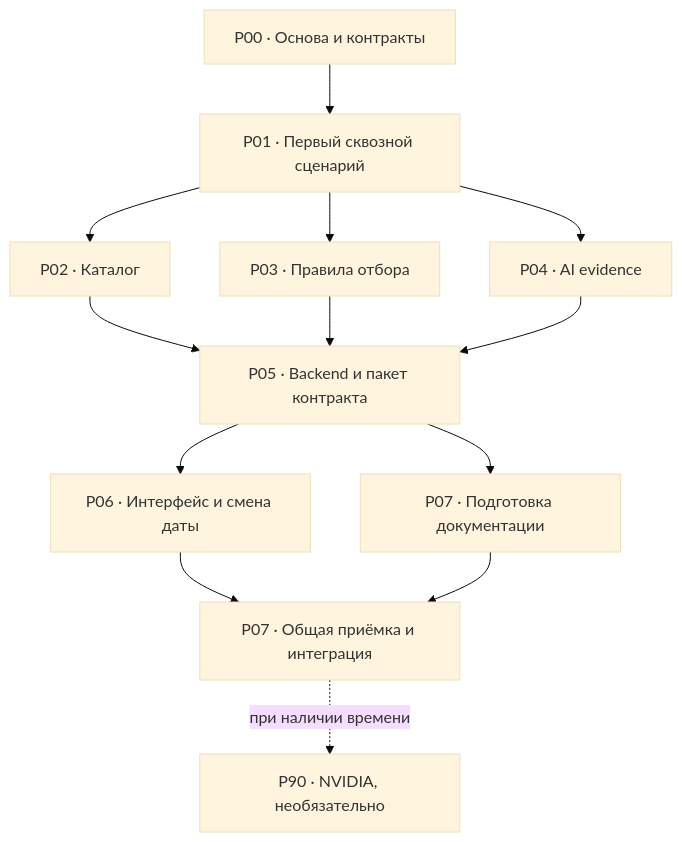
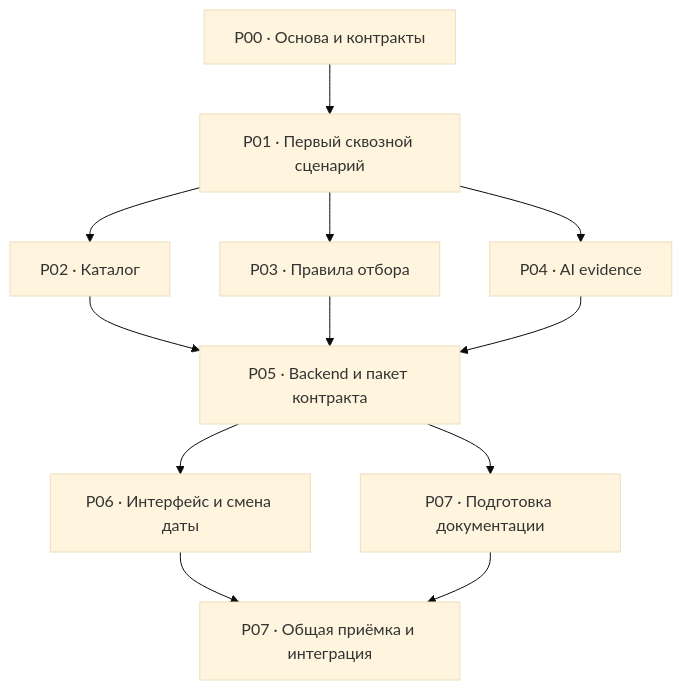
The diagram in .proposals/README.md (BAITC-Hacks/hack-83108e9d-the-power-of-dreams), drawn with Mermaid (base theme) before and after one commit. The commit also changed other lines of this file and 10 other files, not shown here.

````diff
--- a/.proposals/README.md
+++ b/.proposals/README.md
@@ -30,15 +30,14 @@
 ```mermaid
 flowchart TD
     P00["P00 · Основа и контракты"] --> P01["P01 · Первый сквозной сценарий"]
     P01 --> P02["P02 · Каталог"]
     P01 --> P03["P03 · Правила отбора"]
     P01 --> P04["P04 · AI evidence"]
     P02 --> P05["P05 · Backend и пакет контракта"]
     P03 --> P05
     P04 --> P05
     P05 --> P06["P06 · Интерфейс и смена даты"]
     P05 --> D["P07 · Подготовка документации"]
     P06 --> P07["P07 · Общая приёмка и интеграция"]
     D --> P07
-    P07 -. "при наличии времени" .-> P90["P90 · NVIDIA, необязательно"]
 ```
````
